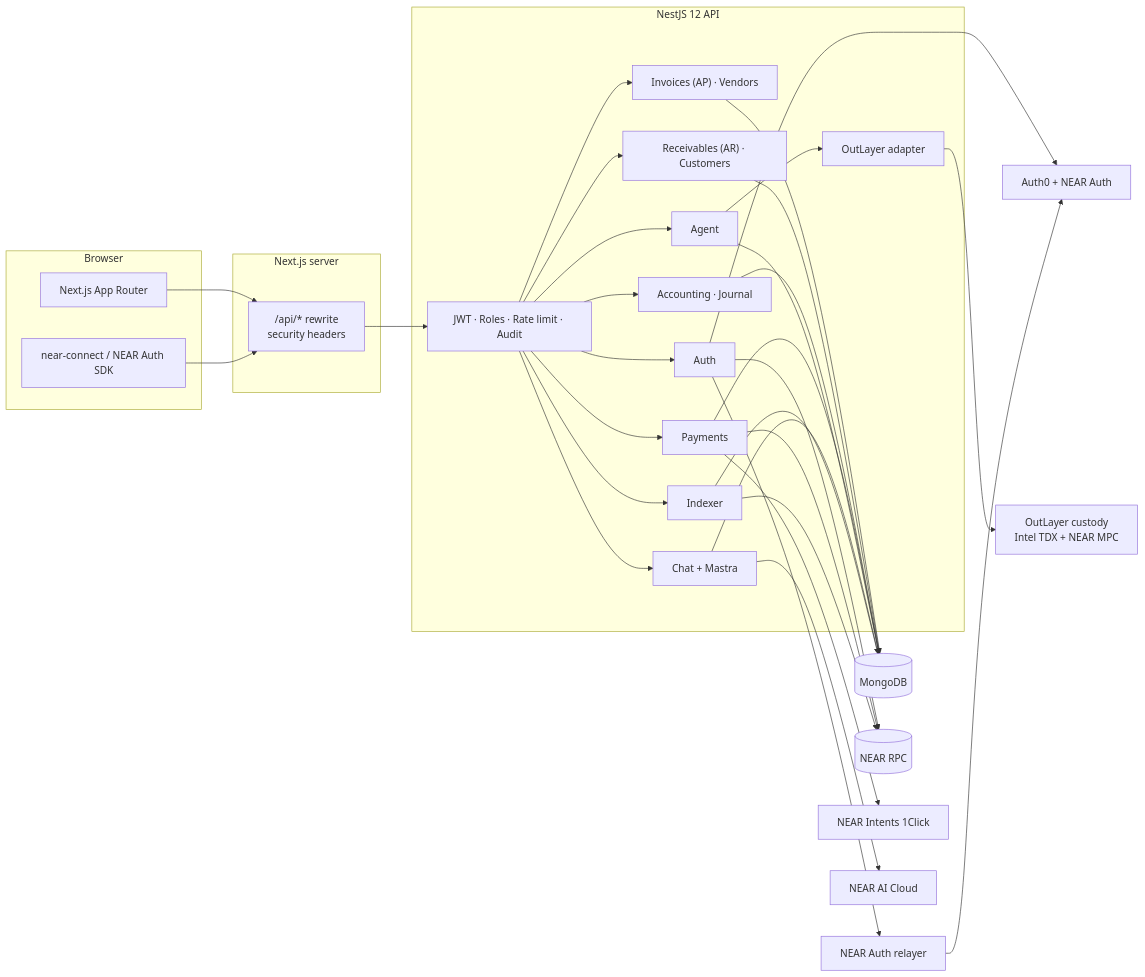
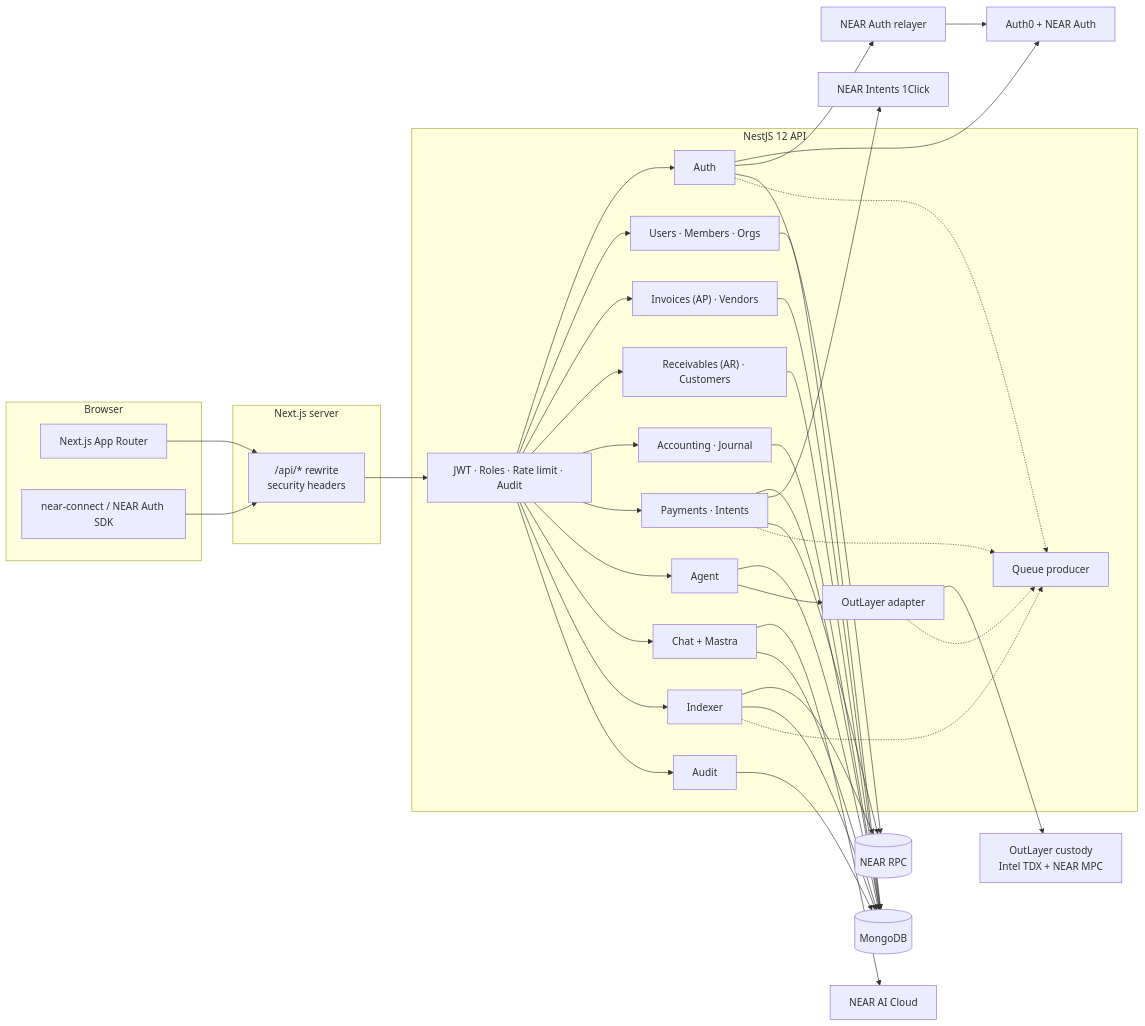
The first of 16 diagrams in docs/architecture.md (cryingraven/keiz-platform), drawn with Mermaid before and after one commit. The commit also changed other lines of this file and 7 other files, not shown here.

````diff
--- a/docs/architecture.md
+++ b/docs/architecture.md
@@ -15,66 +15,78 @@
 ```mermaid
 flowchart LR
   subgraph Client["Browser"]
     UI["Next.js App Router"]
     WalletUI["near-connect / NEAR Auth SDK"]
   end
 
   subgraph Edge["Next.js server"]
     Proxy["/api/* rewrite<br/>security headers"]
   end
 
   subgraph API["NestJS 12 API"]
     Guards["JWT · Roles · Rate limit · Audit"]
     AuthMod["Auth"]
+    UsersMod["Users · Members · Orgs"]
     Ops["Invoices (AP) · Vendors"]
     ARMod["Receivables (AR) · Customers"]
     AccMod["Accounting · Journal"]
-    PayMod["Payments"]
+    PayMod["Payments · Intents"]
     AgentMod["Agent"]
     OutMod["OutLayer adapter"]
     ChatMod["Chat + Mastra"]
     Idx["Indexer"]
+    AuditMod["Audit"]
+    QueueMod["Queue producer"]
   end
 
   DB[("MongoDB")]
   RPC[("NEAR RPC")]
   OneClick["NEAR Intents 1Click"]
   OutLayer["OutLayer custody<br/>Intel TDX + NEAR MPC"]
   NEARAI["NEAR AI Cloud"]
   Auth0["Auth0 + NEAR Auth"]
   Relayer["NEAR Auth relayer"]
 
   UI --> Proxy
   WalletUI --> Proxy
   Proxy --> Guards
   Guards --> AuthMod
+  Guards --> UsersMod
   Guards --> Ops
   Guards --> ARMod
   Guards --> AccMod
   Guards --> PayMod
   Guards --> AgentMod
   Guards --> ChatMod
   Guards --> Idx
+  Guards --> AuditMod
 
   AuthMod --> Auth0
   AuthMod --> Relayer
   Relayer --> Auth0
   AuthMod --> RPC
 
+  UsersMod --> DB
   Ops --> DB
   ARMod --> DB
   AccMod --> DB
   PayMod --> DB
   PayMod --> OneClick
   PayMod --> RPC
+  AuditMod --> DB
 
   AgentMod --> DB
   AgentMod --> OutMod
   OutMod --> OutLayer
 
   ChatMod --> NEARAI
   ChatMod --> DB
 
   Idx --> RPC
   Idx --> DB
+
+  PayMod -.-> QueueMod
+  OutMod -.-> QueueMod
+  Idx -.-> QueueMod
+  AuthMod -.-> QueueMod
 ```
````
